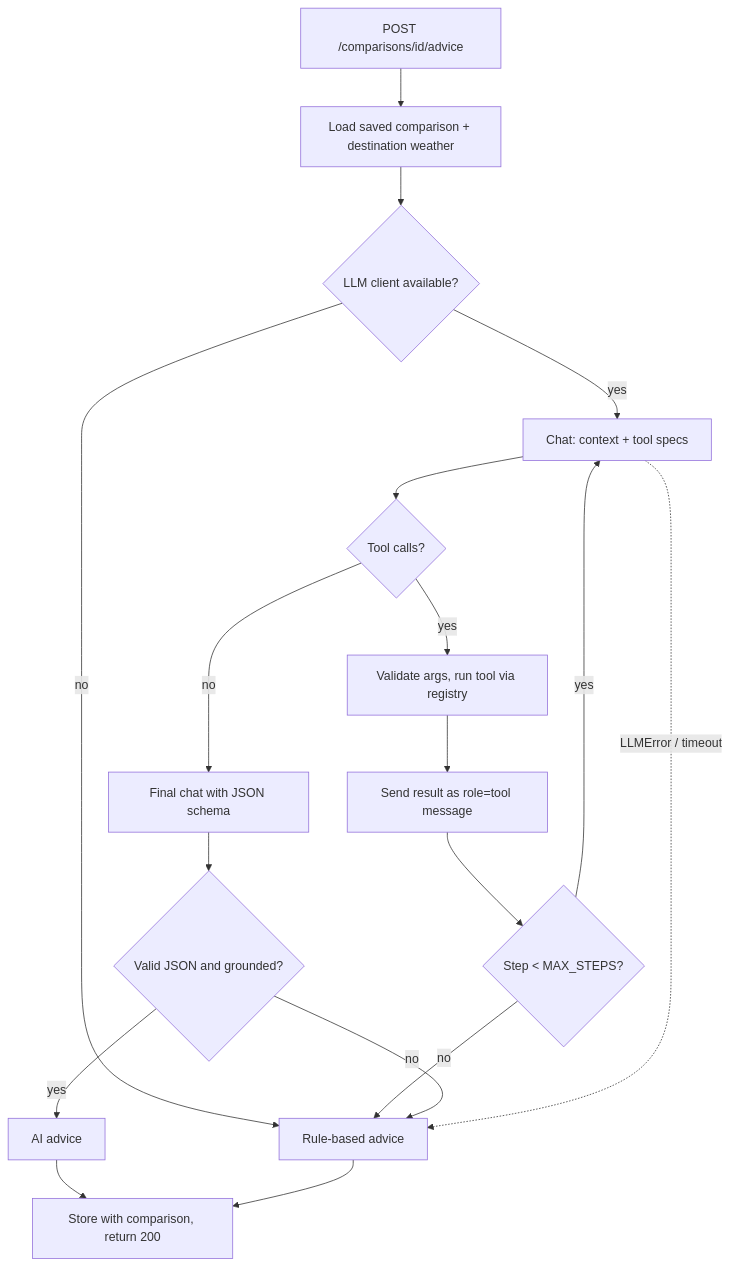
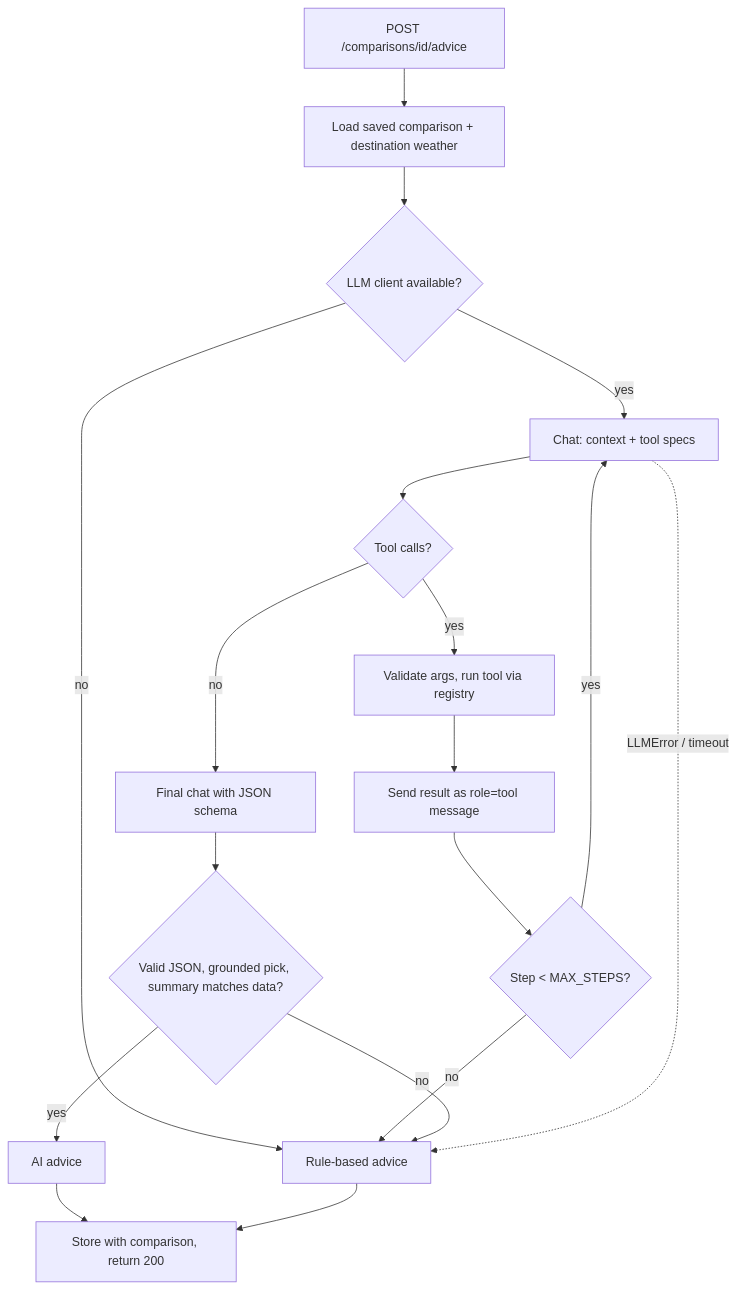
Before and after one commit to KamilFischbach/EcoRouteFinder: the diagram in README.md, drawn with Mermaid. The commit also changed other lines of this file and 1 other file, not shown here.

Commit message:
docs: describe data-built advisor reasons and the summary check

````diff
--- a/README.md
+++ b/README.md
@@ -220,20 +221,20 @@
 ```mermaid
 flowchart TD
     A[POST /comparisons/id/advice] --> B[Load saved comparison + destination weather]
     B --> C{LLM client available?}
     C -- no --> R[Rule-based advice]
     C -- yes --> D[Chat: context + tool specs]
     D --> E{Tool calls?}
     E -- yes --> F[Validate args, run tool via registry]
     F --> G[Send result as role=tool message]
     G --> H{Step < MAX_STEPS?}
     H -- yes --> D
     H -- no --> R
     E -- no --> I[Final chat with JSON schema]
-    I --> J{Valid JSON and grounded?}
+    I --> J{Valid JSON, grounded pick, summary matches data?}
     J -- yes --> K[AI advice]
     J -- no --> R
     D -. LLMError / timeout .-> R
     K --> S[Store with comparison, return 200]
     R --> S
 ```
````
